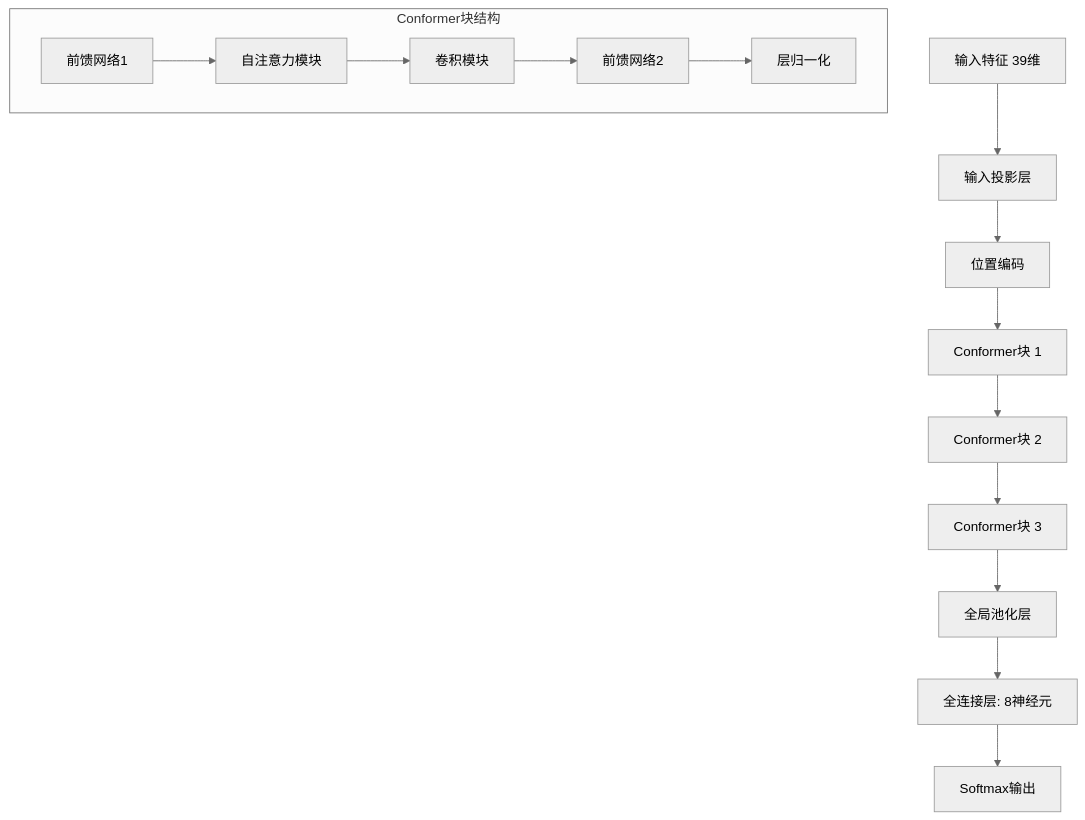
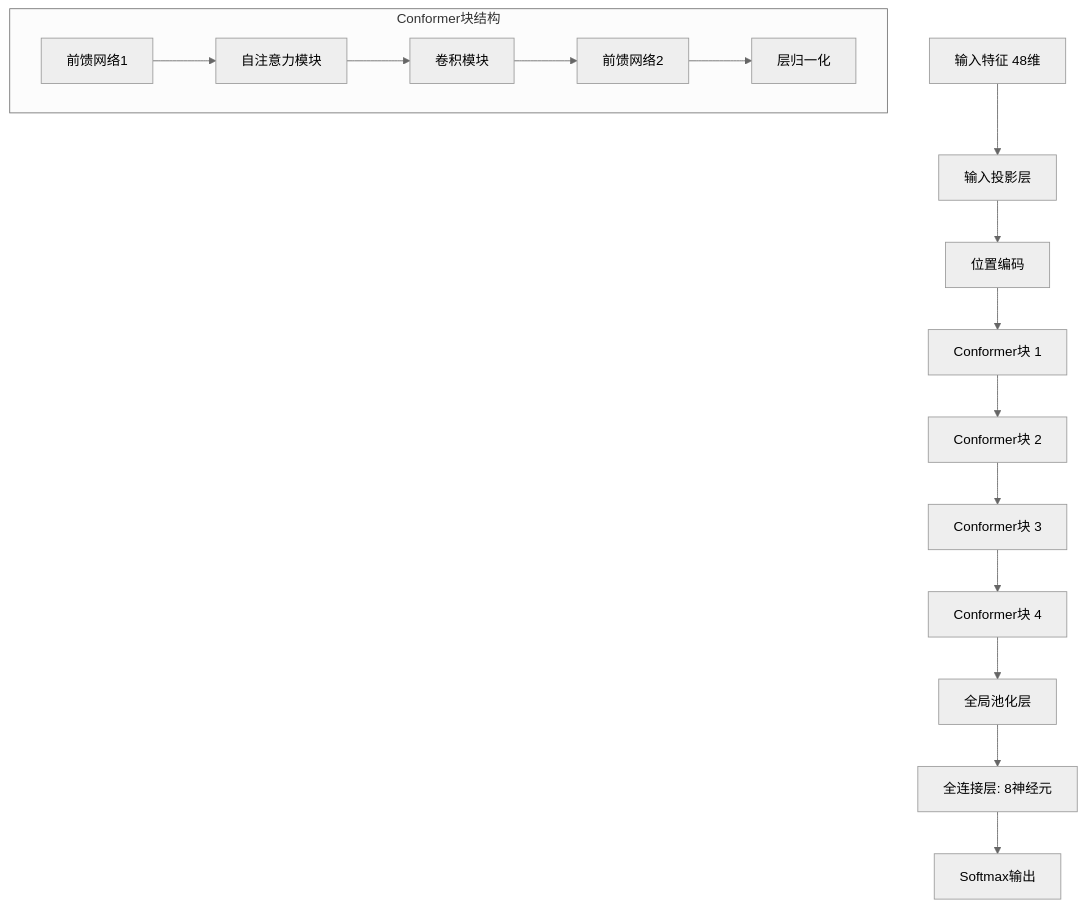
Before and after one commit to sting1000/EdgeVoice: the second of 4 diagrams in docs/EdgeVoice_技术方案详细说明.md, drawn with Mermaid (neutral theme). The commit also changed other lines of this file and 3 other files, not shown here.

````diff
--- a/docs/EdgeVoice_技术方案详细说明.md
+++ b/docs/EdgeVoice_技术方案详细说明.md
@@ -81,18 +81,19 @@
 ```mermaid
 flowchart TB
-    A[输入特征 39维] --> B[输入投影层]
+    A[输入特征 48维] --> B[输入投影层]
     B --> C[位置编码]
     C --> D[Conformer块 1]
     D --> E[Conformer块 2]
     E --> F[Conformer块 3]
-    F --> G[全局池化层]
-    G --> H[全连接层: 8神经元]
-    H --> I[Softmax输出]
+    F --> G[Conformer块 4]
+    G --> H[全局池化层]
+    H --> I[全连接层: 8神经元]
+    I --> J[Softmax输出]
     
     subgraph "Conformer块结构"
-    J[前馈网络1] --> K[自注意力模块]
-    K --> L[卷积模块]
-    L --> M[前馈网络2]
-    M --> N[层归一化]
+    K[前馈网络1] --> L[自注意力模块]
+    L --> M[卷积模块]
+    M --> N[前馈网络2]
+    N --> O[层归一化]
     end
 ```
````
